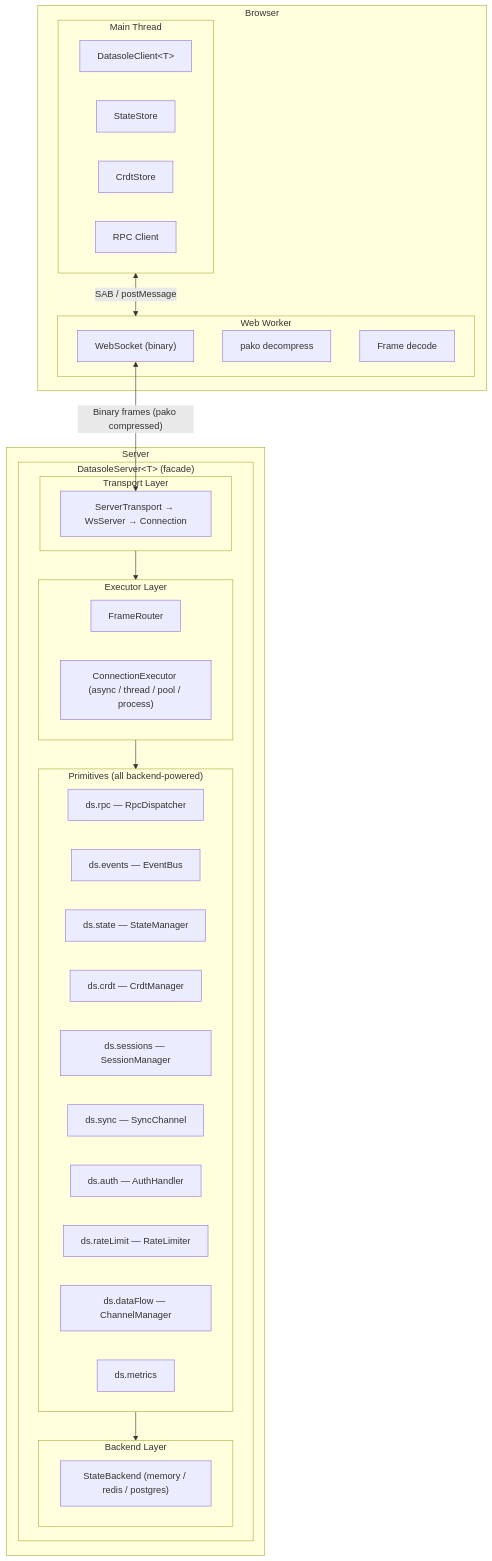
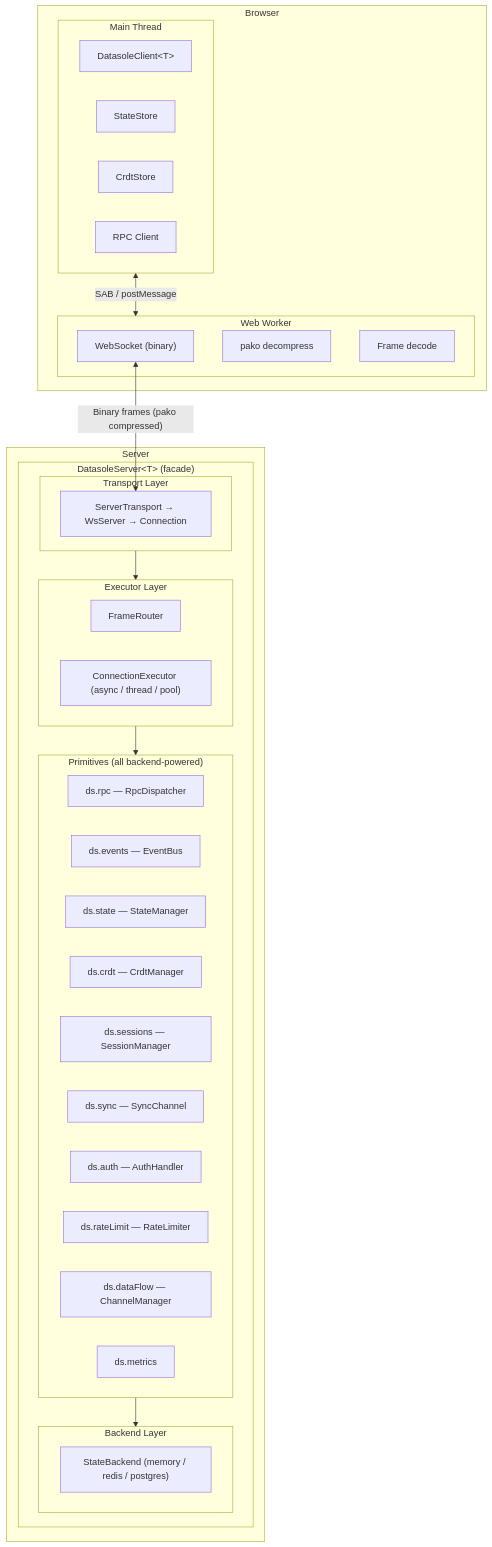
The third of 5 diagrams in docs/architecture.md (mayanklahiri/datasole), drawn with Mermaid before and after one commit. The commit also changed other lines of this file and 12 other files, not shown here.

First line of the commit message:
refactor!: remove ProcessExecutor, comprehensive config docs [ADR-019]

````diff
--- a/docs/architecture.md
+++ b/docs/architecture.md
@@ -49,48 +49,48 @@
 ```mermaid
 flowchart TB
     subgraph Browser
         subgraph MT["Main Thread"]
             DC["DatasoleClient&lt;T&gt;"]
             SS[StateStore]
             CS[CrdtStore]
             RC[RPC Client]
         end
         subgraph WW["Web Worker"]
             WS["WebSocket (binary)"]
             PK["pako decompress"]
             FD["Frame decode"]
         end
         MT <-->|"SAB / postMessage"| WW
     end
 
     WS <-->|"Binary frames (pako compressed)"| WSS
 
     subgraph Server
         subgraph DS["DatasoleServer&lt;T&gt; (facade)"]
             subgraph Transport["Transport Layer"]
                 WSS["ServerTransport → WsServer → Connection"]
             end
             subgraph Executor["Executor Layer"]
                 FR["FrameRouter"]
-                EX["ConnectionExecutor (async / thread / pool / process)"]
+                EX["ConnectionExecutor (async / thread / pool)"]
             end
             subgraph Backend["Backend Layer"]
                 SBE["StateBackend (memory / redis / postgres)"]
             end
             subgraph Primitives["Primitives (all backend-powered)"]
                 RPCd["ds.rpc — RpcDispatcher"]
                 EB["ds.events — EventBus"]
                 SM["ds.state — StateManager"]
                 CRDT["ds.crdt — CrdtManager"]
                 Sess["ds.sessions — SessionManager"]
                 Sync["ds.sync — SyncChannel"]
                 Auth["ds.auth — AuthHandler"]
                 RLim["ds.rateLimit — RateLimiter"]
                 DF["ds.dataFlow — ChannelManager"]
                 Met["ds.metrics"]
             end
             Transport --> Executor --> Primitives
             Primitives --> Backend
         end
     end
 ```
````
